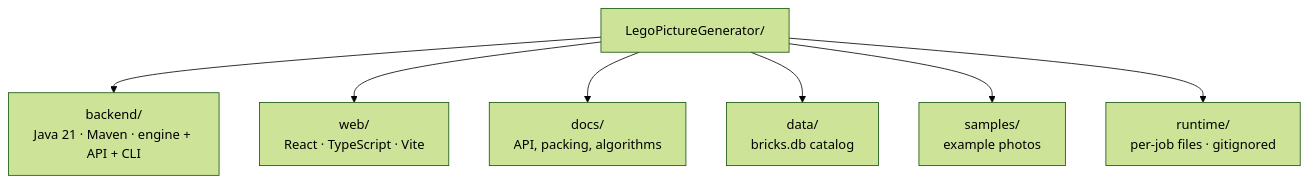
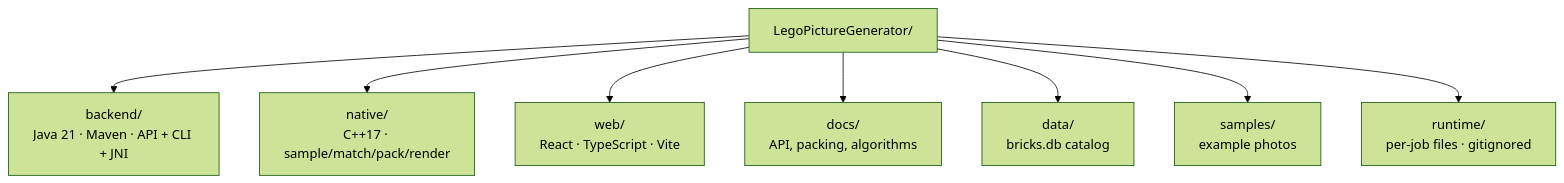
The second of 7 diagrams in ARCHITECTURE.md (WesJennings/LegoPictureGenerator), drawn with Mermaid (forest theme) before and after one commit. The commit also changed other lines of this file and 44 other files, not shown here.

First line of the commit message:
Port mosaic engine to C++ behind JNI

````diff
--- a/ARCHITECTURE.md
+++ b/ARCHITECTURE.md
@@ -39,10 +42,11 @@
 ```mermaid
 flowchart TB
   root["LegoPictureGenerator/"]
-  root --> backend["backend/<br/>Java 21 · Maven · engine + API + CLI"]
+  root --> backend["backend/<br/>Java 21 · Maven · API + CLI + JNI"]
+  root --> native["native/<br/>C++17 · sample/match/pack/render"]
   root --> web["web/<br/>React · TypeScript · Vite"]
   root --> docs["docs/<br/>API, packing, algorithms"]
   root --> data["data/<br/>bricks.db catalog"]
   root --> samples["samples/<br/>example photos"]
   root --> runtime["runtime/<br/>per-job files · gitignored"]
 ```
````
